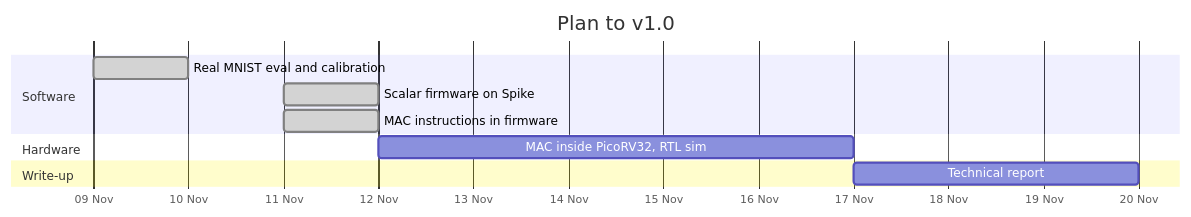
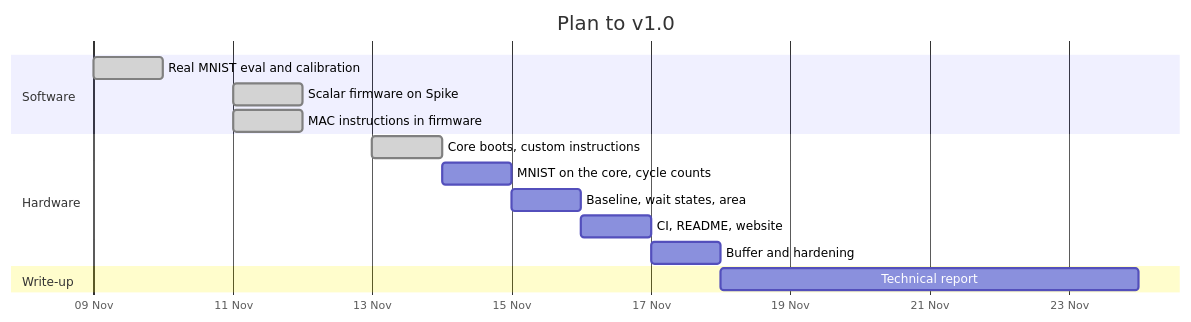
The fifth of 5 diagrams in README.md (sajedulislam5840/riscv-edge-ai), drawn with Mermaid before and after one commit. The commit also changed other lines of this file, not shown here.

First line of the commit message:
README: 5-day progress tracker for the PicoRV32 integration

````diff
--- a/README.md
+++ b/README.md
@@ -300,14 +309,18 @@
 ```mermaid
 gantt
     title Plan to v1.0
     dateFormat YYYY-MM-DD
     axisFormat %d %b
     section Software
     Real MNIST eval and calibration :done, a1, 2026-11-09, 1d
     Scalar firmware on Spike        :done, a2, 2026-11-11, 1d
     MAC instructions in firmware    :done, a2b, 2026-11-11, 1d
     section Hardware
-    MAC inside PicoRV32, RTL sim    :a3, after a2b, 5d
+    Core boots, custom instructions :done, a3a, 2026-11-13, 1d
+    MNIST on the core, cycle counts :a3b, after a3a, 1d
+    Baseline, wait states, area     :a3c, after a3b, 1d
+    CI, README, website             :a3d, after a3c, 1d
+    Buffer and hardening            :a3e, after a3d, 1d
     section Write-up
-    Technical report                :a4, after a3, 3d
+    Technical report                :a4, 2026-11-18, 6d
 ```
````
